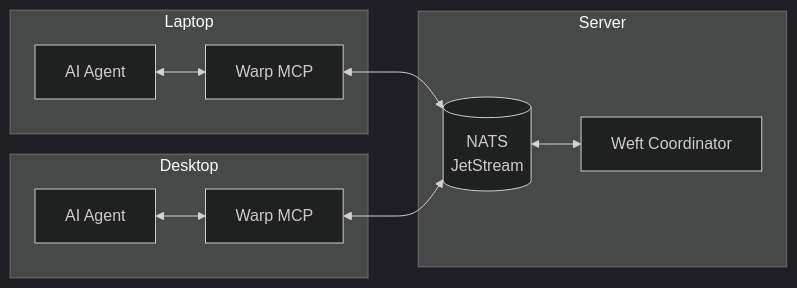
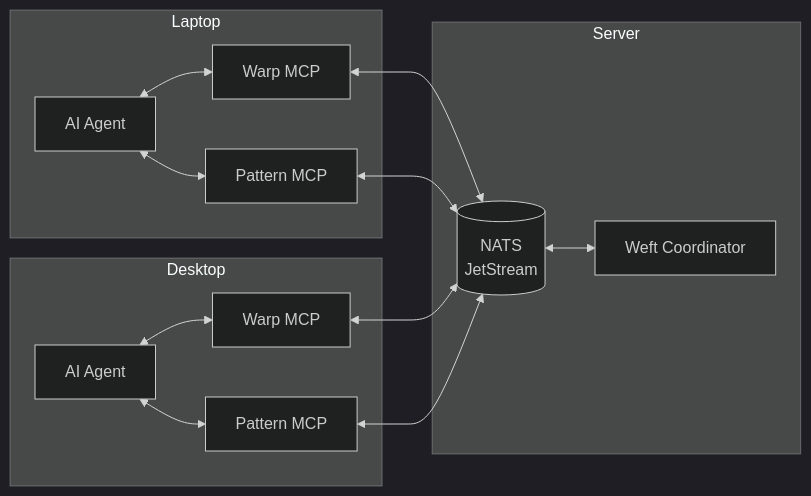
Before and after one commit to mdlopresti/loom: the first of 8 diagrams in README.md, drawn with Mermaid (dark theme). The commit also changed other lines of this file, not shown here.

First line of the commit message:
docs: Add Pattern and Tools components to documentation

````diff
--- a/README.md
+++ b/README.md
@@ -31,23 +42,29 @@
 ```mermaid
 flowchart LR
     subgraph Laptop["Laptop"]
         A1["AI Agent"]
         W1["Warp MCP"]
+        P1["Pattern MCP"]
         A1 <--> W1
+        A1 <--> P1
     end
 
     subgraph Server["Server"]
         NATS[("NATS<br/>JetStream")]
         Weft["Weft Coordinator"]
         NATS <--> Weft
     end
 
     subgraph Desktop["Desktop"]
         A2["AI Agent"]
         W2["Warp MCP"]
+        P2["Pattern MCP"]
         A2 <--> W2
+        A2 <--> P2
     end
 
     W1 <--> NATS
     W2 <--> NATS
+    P1 <--> NATS
+    P2 <--> NATS
 ```
````
